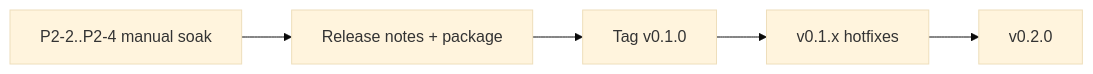
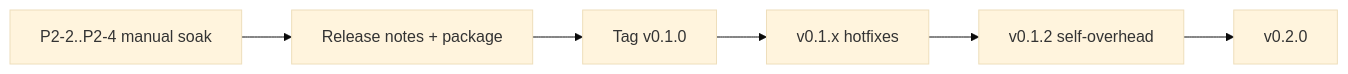
One commit to Dendro-X0/Unstick changed the diagram in docs/roadmap-next-release.md. Above: the diagram before and after it, drawn with Mermaid (base theme). The commit also changed other lines of this file and 15 other files, not shown here.

First line of the commit message:
Release Unstick 0.1.2: cut Guard self-overhead on low-end PCs.

````diff
--- a/docs/roadmap-next-release.md
+++ b/docs/roadmap-next-release.md
@@ -7,9 +7,10 @@
 ```mermaid
 flowchart LR
   soak[P2-2..P2-4 manual soak]
   notes[Release notes + package]
   v01[Tag v0.1.0]
   hot[v0.1.x hotfixes]
+  oh[v0.1.2 self-overhead]
   v02[v0.2.0]
-  soak --> notes --> v01 --> hot --> v02
+  soak --> notes --> v01 --> hot --> oh --> v02
 ```
````
